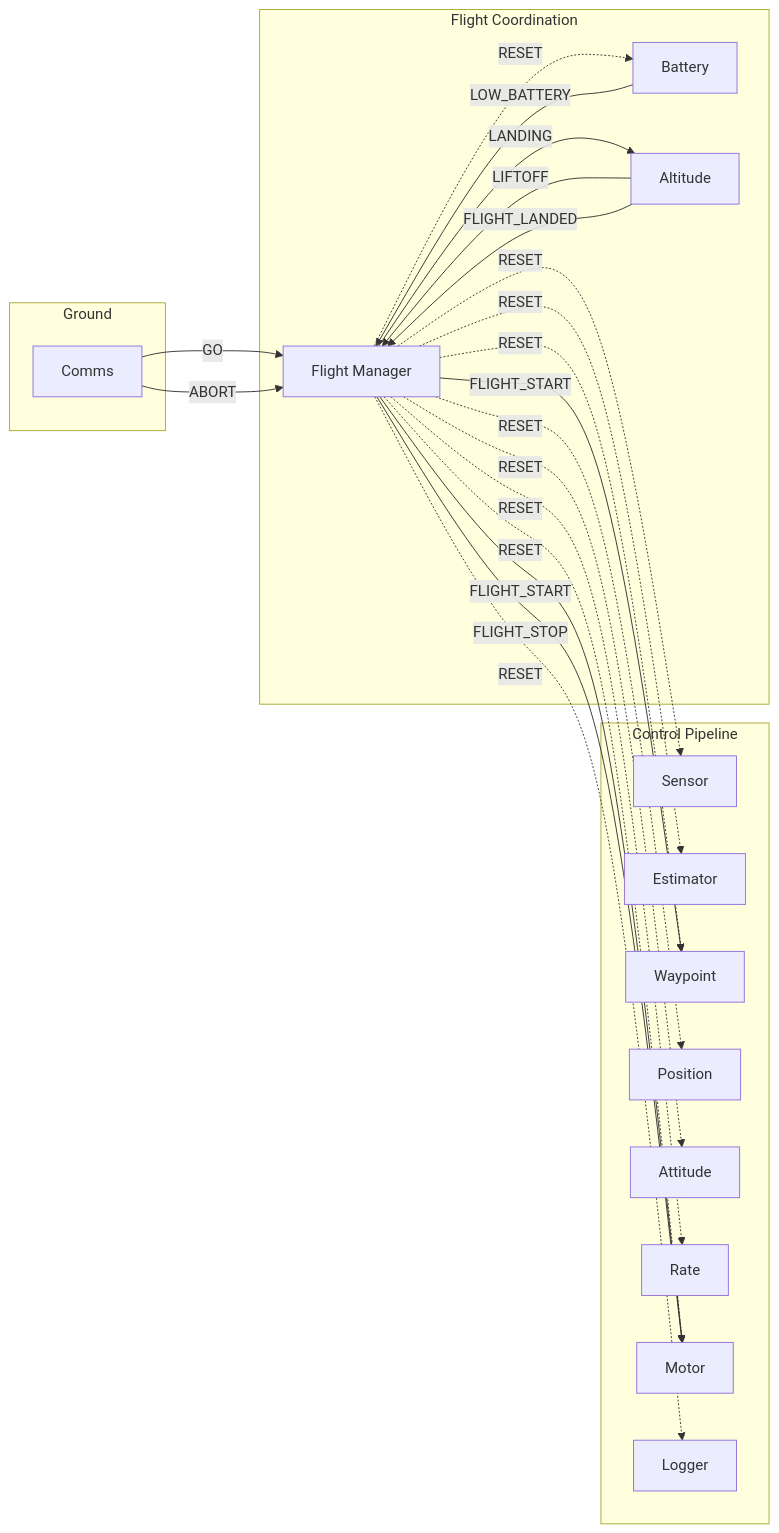
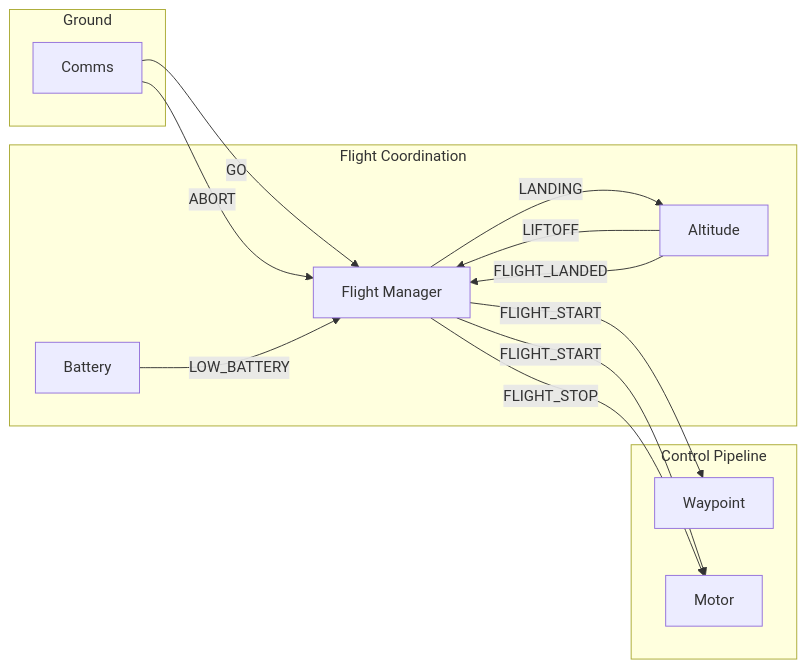
Before and after one commit to joagre/hive: the second of 2 diagrams in examples/pilot/README.md, drawn with Mermaid. The commit also changed other lines of this file and 4 other files, not shown here.

````diff
--- a/examples/pilot/README.md
+++ b/examples/pilot/README.md
@@ -148,44 +147,28 @@
 ```mermaid
 graph LR
     subgraph Ground
         Comms[Comms]
     end
 
     subgraph Flight Coordination
         FlightMgr[Flight Manager]
         Battery[Battery]
         Altitude[Altitude]
     end
 
     subgraph Control Pipeline
-        Sensor[Sensor]
-        Estimator[Estimator]
         Waypoint[Waypoint]
-        Position[Position]
-        Attitude[Attitude]
-        Rate[Rate]
         Motor[Motor]
-        Logger[Logger]
     end
 
     Comms -->|GO| FlightMgr
     Comms -->|ABORT| FlightMgr
     Battery -->|LOW_BATTERY| FlightMgr
     Altitude -->|LIFTOFF| FlightMgr
     Altitude -->|FLIGHT_LANDED| FlightMgr
 
-    FlightMgr -.->|RESET| Sensor
-    FlightMgr -.->|RESET| Estimator
-    FlightMgr -.->|RESET| Waypoint
-    FlightMgr -.->|RESET| Position
-    FlightMgr -.->|RESET| Attitude
-    FlightMgr -.->|RESET| Rate
-    FlightMgr -.->|RESET| Motor
-    FlightMgr -.->|RESET| Logger
-    FlightMgr -.->|RESET| Battery
-
     FlightMgr -->|FLIGHT_START| Motor
     FlightMgr -->|FLIGHT_START| Waypoint
     FlightMgr -->|LANDING| Altitude
     FlightMgr -->|FLIGHT_STOP| Motor
 ```
````
